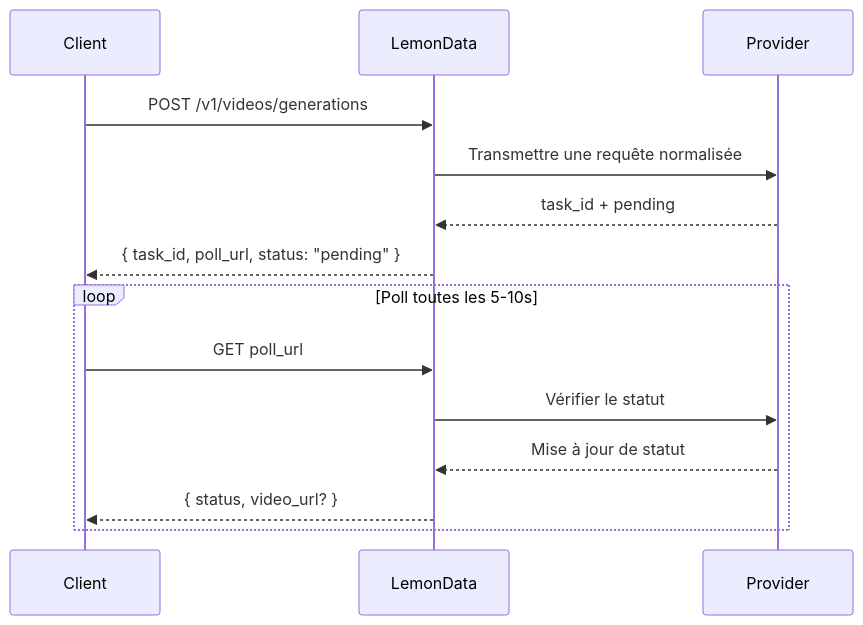
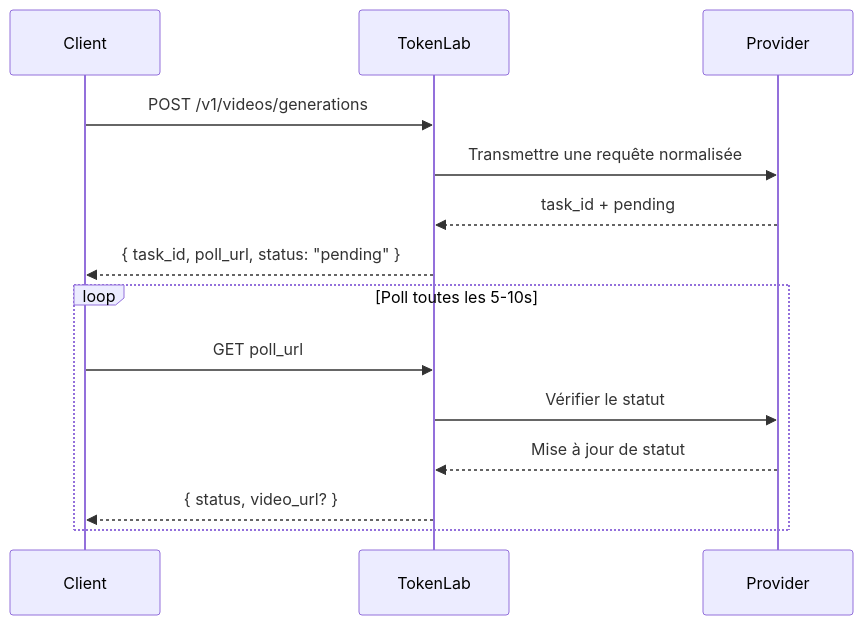
Before and after one commit to hedging8563/lemondata-docs: the diagram in fr/guides/video-generation.mdx, drawn with Mermaid. The commit also changed other lines of this file and 858 other files, not shown here.

````diff
--- a/fr/guides/video-generation.mdx
+++ b/fr/guides/video-generation.mdx
@@ -24,18 +24,18 @@
 ```mermaid
 sequenceDiagram
     participant Client
-    participant LemonData
+    participant TokenLab
     participant Provider
 
-    Client->>LemonData: POST /v1/videos/generations
-    LemonData->>Provider: Transmettre une requête normalisée
-    Provider-->>LemonData: task_id + pending
-    LemonData-->>Client: { task_id, poll_url, status: "pending" }
+    Client->>TokenLab: POST /v1/videos/generations
+    TokenLab->>Provider: Transmettre une requête normalisée
+    Provider-->>TokenLab: task_id + pending
+    TokenLab-->>Client: { task_id, poll_url, status: "pending" }
 
     loop Poll toutes les 5-10s
-        Client->>LemonData: GET poll_url
-        LemonData->>Provider: Vérifier le statut
-        Provider-->>LemonData: Mise à jour de statut
-        LemonData-->>Client: { status, video_url? }
+        Client->>TokenLab: GET poll_url
+        TokenLab->>Provider: Vérifier le statut
+        Provider-->>TokenLab: Mise à jour de statut
+        TokenLab-->>Client: { status, video_url? }
     end
 ```
````
